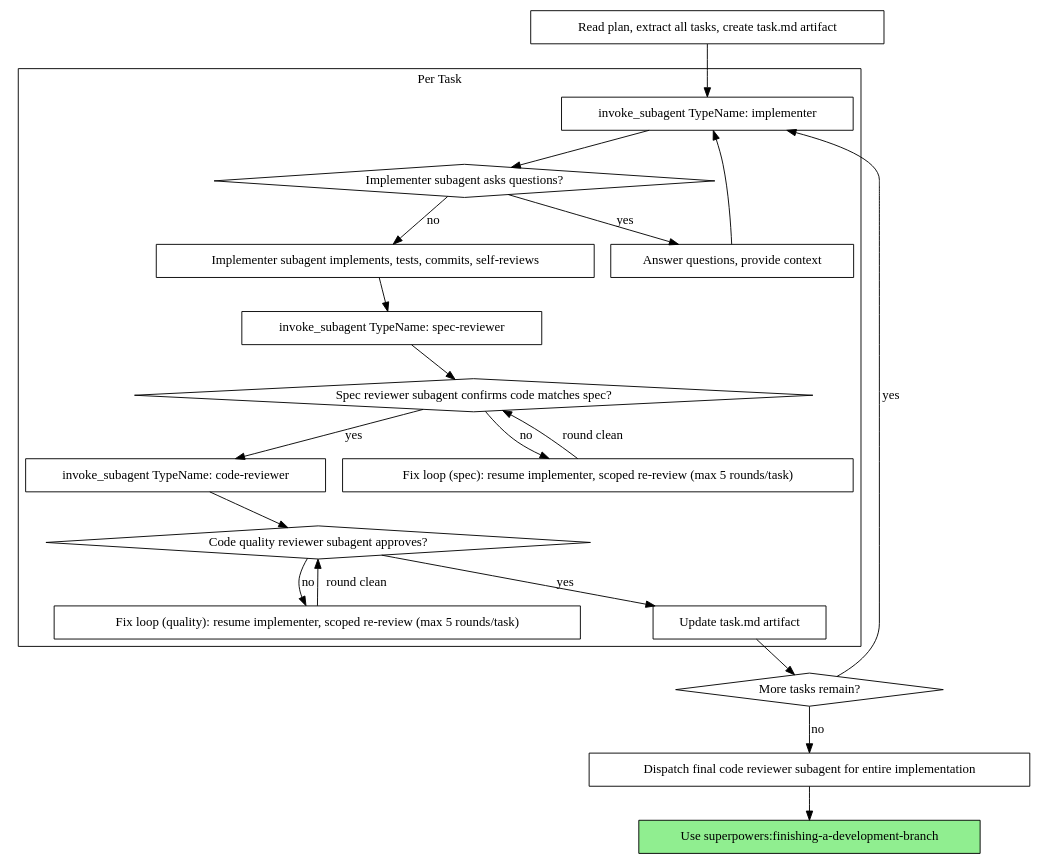
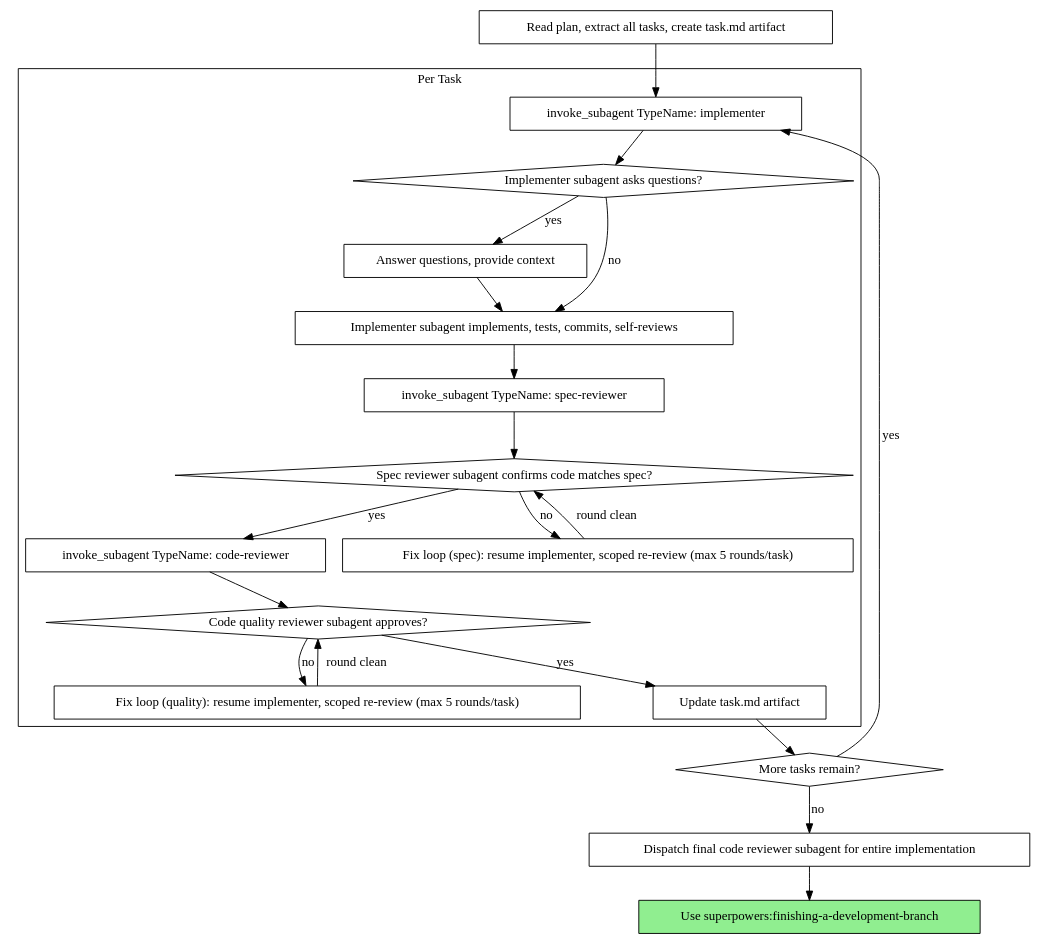
Before and after one commit to roundpilot/superpowers-antigravity: the second of 3 diagrams in skills/subagent-driven-development/SKILL.md, drawn with Graphviz. The commit also changed other lines of this file and 2 other files, not shown here.

````diff
--- a/skills/subagent-driven-development/SKILL.md
+++ b/skills/subagent-driven-development/SKILL.md
@@ -52,44 +65,44 @@
 ```dot
 digraph process {
     rankdir=TB;
 
     subgraph cluster_per_task {
         label="Per Task";
         "invoke_subagent TypeName: implementer" [shape=box];
         "Implementer subagent asks questions?" [shape=diamond];
         "Answer questions, provide context" [shape=box];
         "Implementer subagent implements, tests, commits, self-reviews" [shape=box];
         "invoke_subagent TypeName: spec-reviewer" [shape=box];
         "Spec reviewer subagent confirms code matches spec?" [shape=diamond];
         "invoke_subagent TypeName: code-reviewer" [shape=box];
         "Code quality reviewer subagent approves?" [shape=diamond];
         "Fix loop (spec): resume implementer, scoped re-review (max 5 rounds/task)" [shape=box];
         "Fix loop (quality): resume implementer, scoped re-review (max 5 rounds/task)" [shape=box];
         "Update task.md artifact" [shape=box];
     }
 
     "Read plan, extract all tasks, create task.md artifact" [shape=box];
     "More tasks remain?" [shape=diamond];
     "Dispatch final code reviewer subagent for entire implementation" [shape=box];
     "Use superpowers:finishing-a-development-branch" [shape=box style=filled fillcolor=lightgreen];
 
     "Read plan, extract all tasks, create task.md artifact" -> "invoke_subagent TypeName: implementer";
     "invoke_subagent TypeName: implementer" -> "Implementer subagent asks questions?";
     "Implementer subagent asks questions?" -> "Answer questions, provide context" [label="yes"];
-    "Answer questions, provide context" -> "invoke_subagent TypeName: implementer";
+    "Answer questions, provide context" -> "Implementer subagent implements, tests, commits, self-reviews";
     "Implementer subagent asks questions?" -> "Implementer subagent implements, tests, commits, self-reviews" [label="no"];
     "Implementer subagent implements, tests, commits, self-reviews" -> "invoke_subagent TypeName: spec-reviewer";
     "invoke_subagent TypeName: spec-reviewer" -> "Spec reviewer subagent confirms code matches spec?";
     "Spec reviewer subagent confirms code matches spec?" -> "Fix loop (spec): resume implementer, scoped re-review (max 5 rounds/task)" [label="no"];
     "Fix loop (spec): resume implementer, scoped re-review (max 5 rounds/task)" -> "Spec reviewer subagent confirms code matches spec?" [label="round clean"];
     "Spec reviewer subagent confirms code matches spec?" -> "invoke_subagent TypeName: code-reviewer" [label="yes"];
     "invoke_subagent TypeName: code-reviewer" -> "Code quality reviewer subagent approves?";
     "Code quality reviewer subagent approves?" -> "Fix loop (quality): resume implementer, scoped re-review (max 5 rounds/task)" [label="no"];
     "Fix loop (quality): resume implementer, scoped re-review (max 5 rounds/task)" -> "Code quality reviewer subagent approves?" [label="round clean"];
     "Code quality reviewer subagent approves?" -> "Update task.md artifact" [label="yes"];
     "Update task.md artifact" -> "More tasks remain?";
     "More tasks remain?" -> "invoke_subagent TypeName: implementer" [label="yes"];
     "More tasks remain?" -> "Dispatch final code reviewer subagent for entire implementation" [label="no"];
     "Dispatch final code reviewer subagent for entire implementation" -> "Use superpowers:finishing-a-development-branch";
 }
 ```
````
